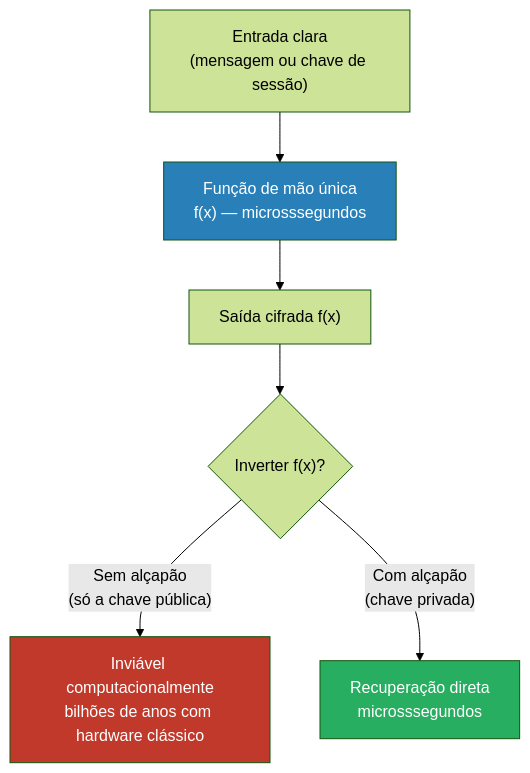
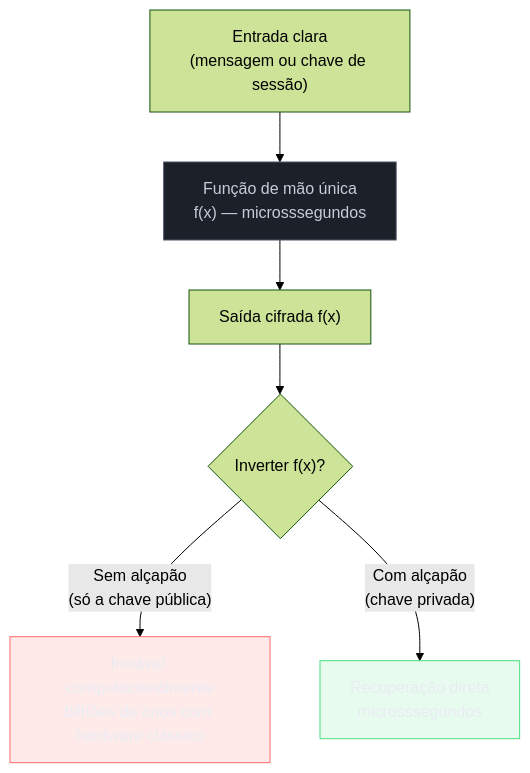
Before and after one commit to josenaldo/codex-technomanticus: the first of 5 diagrams in 03-Dominios/Engenharia/Segurança/08 - Criptografia assimétrica.md, drawn with Mermaid (forest theme). The commit also changed other lines of this file and 1181 other files, not shown here.

First line of the commit message:
fix(diagramas): paleta do sistema no lugar de cor cravada no markdown

````diff
--- a/03-Dominios/Engenharia/Segurança/08 - Criptografia assimétrica.md
+++ b/03-Dominios/Engenharia/Segurança/08 - Criptografia assimétrica.md
@@ -47,11 +47,14 @@
 ```mermaid
 flowchart TD
+    classDef falha fill:#FF6B6B24,stroke:#FF6B6B,color:#E9ECF2
+    classDef ok fill:#4ADE8021,stroke:#4ADE80,color:#E9ECF2
+    classDef neutro fill:#1B2029,stroke:#4E5666,color:#C6CCD8
     A["Entrada clara\n(mensagem ou chave de sessão)"] --> B["Função de mão única\nf(x) — microsssegundos"]
     B --> C["Saída cifrada f(x)"]
     C --> D{"Inverter f(x)?"}
     D -->|"Sem alçapão\n(só a chave pública)"| E["Inviável computacionalmente\nbilhões de anos com hardware clássico"]
     D -->|"Com alçapão\n(chave privada)"| F["Recuperação direta\nmicrosssegundos"]
-    style E fill:#c0392b,color:#fff
-    style F fill:#27ae60,color:#fff
-    style B fill:#2980b9,color:#fff
+    class E falha
+    class F ok
+    class B neutro
 ```
````
